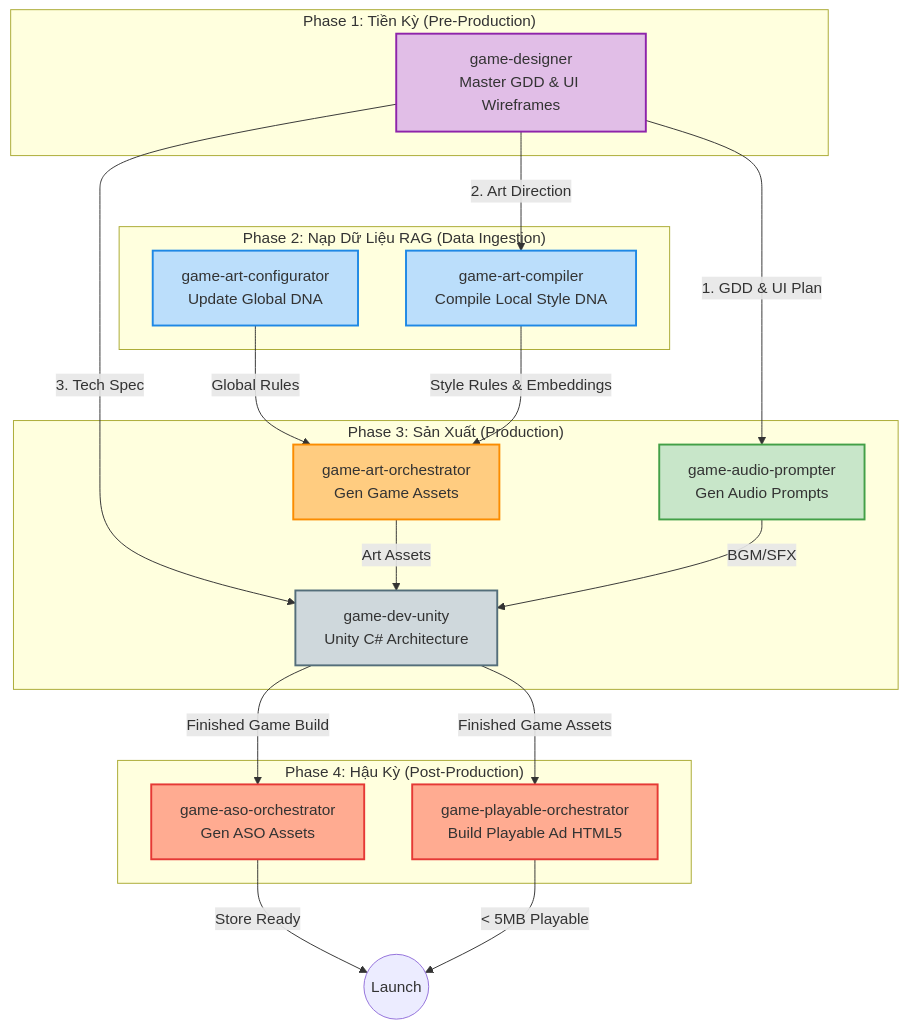
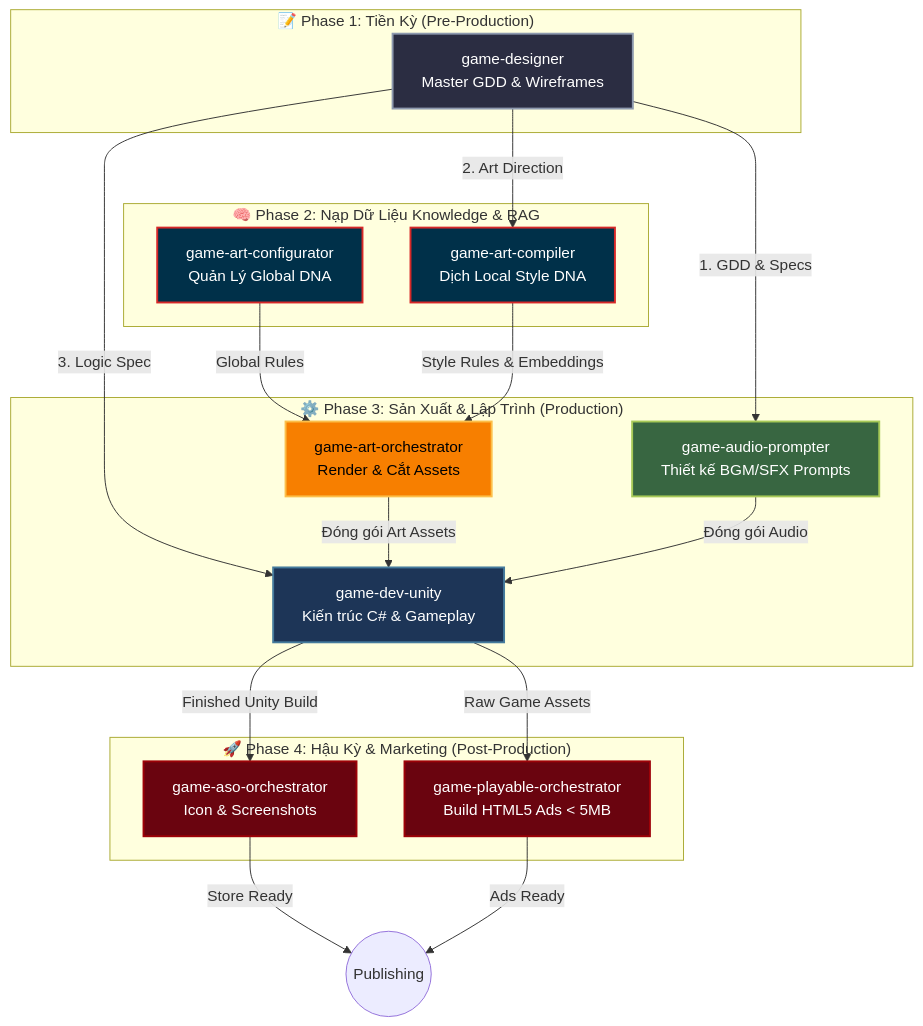
Before and after one commit to namtvn07-glitch/nts_antigravity: the diagram in README.md, drawn with Mermaid. The commit also changed other lines of this file and 8 other files, not shown here.

Commit message:
chore: replace legacy system architecture documentation with new guidelines in .agents/rules/SystemArchitecture.md

````diff
--- a/README.md
+++ b/README.md
@@ -11,48 +13,48 @@
 ```mermaid
 graph TD
     %% Define Styles
-    classDef preProd fill:#e1bee7,stroke:#8e24aa,stroke-width:2px;
-    classDef dataIngest fill:#bbdefb,stroke:#1e88e5,stroke-width:2px;
-    classDef prodArt fill:#ffcc80,stroke:#fb8c00,stroke-width:2px;
-    classDef prodAudio fill:#c8e6c9,stroke:#43a047,stroke-width:2px;
-    classDef prodDev fill:#cfd8dc,stroke:#546e7a,stroke-width:2px;
-    classDef postProd fill:#ffab91,stroke:#e53935,stroke-width:2px;
+    classDef preProd fill:#2b2d42,stroke:#8d99ae,stroke-width:2px,color:#fff;
+    classDef dataIngest fill:#003049,stroke:#d62828,stroke-width:2px,color:#fff;
+    classDef prodArt fill:#f77f00,stroke:#fcbf49,stroke-width:2px,color:#000;
+    classDef prodAudio fill:#386641,stroke:#a7c957,stroke-width:2px,color:#fff;
+    classDef prodDev fill:#1d3557,stroke:#457b9d,stroke-width:2px,color:#fff;
+    classDef postProd fill:#6a040f,stroke:#9d0208,stroke-width:2px,color:#fff;
 
     %% Phases
-    subgraph phase1 ["Phase 1: Tiền Kỳ (Pre-Production)"]
-        GD[game-designer<br>Master GDD & UI Wireframes]:::preProd
+    subgraph phase1 ["📝 Phase 1: Tiền Kỳ (Pre-Production)"]
+        GD[game-designer<br/>Master GDD & Wireframes]:::preProd
     end
 
-    subgraph phase2 ["Phase 2: Nạp Dữ Liệu RAG (Data Ingestion)"]
-        GACf[game-art-configurator<br>Update Global DNA]:::dataIngest
-        GAC[game-art-compiler<br>Compile Local Style DNA]:::dataIngest
+    subgraph phase2 ["🧠 Phase 2: Nạp Dữ Liệu Knowledge & RAG"]
+        GACf[game-art-configurator<br/>Quản Lý Global DNA]:::dataIngest
+        GAC[game-art-compiler<br/>Dịch Local Style DNA]:::dataIngest
     end
 
-    subgraph phase3 ["Phase 3: Sản Xuất (Production)"]
-        GAO[game-art-orchestrator<br>Gen Game Assets]:::prodArt
-        GAP[game-audio-prompter<br>Gen Audio Prompts]:::prodAudio
-        GDU[game-dev-unity<br>Unity C# Architecture]:::prodDev
+    subgraph phase3 ["⚙️ Phase 3: Sản Xuất & Lập Trình (Production)"]
+        GAO[game-art-orchestrator<br/>Render & Cắt Assets]:::prodArt
+        GAP[game-audio-prompter<br/>Thiết kế BGM/SFX Prompts]:::prodAudio
+        GDU[game-dev-unity<br/>Kiến trúc C# & Gameplay]:::prodDev
     end
 
-    subgraph phase4 ["Phase 4: Hậu Kỳ (Post-Production)"]
-        ASO[game-aso-orchestrator<br>Gen ASO Assets]:::postProd
-        GPO[game-playable-orchestrator<br>Build Playable Ad HTML5]:::postProd
+    subgraph phase4 ["🚀 Phase 4: Hậu Kỳ & Marketing (Post-Production)"]
+        ASO[game-aso-orchestrator<br/>Icon & Screenshots]:::postProd
+        GPO[game-playable-orchestrator<br/>Build HTML5 Ads < 5MB]:::postProd
     end
 
     %% Flow
-    GD -- "1. GDD & UI Plan" --> GAP
+    GD -- "1. GDD & Specs" --> GAP
     GD -- "2. Art Direction" --> GAC
-    GD -- "3. Tech Spec" --> GDU
+    GD -- "3. Logic Spec" --> GDU
     
     GACf -- "Global Rules" --> GAO
     GAC -- "Style Rules & Embeddings" --> GAO
     
-    GAO -- "Art Assets" --> GDU
-    GAP -- "BGM/SFX" --> GDU
+    GAO -- "Đóng gói Art Assets" --> GDU
+    GAP -- "Đóng gói Audio" --> GDU
     
-    GDU -- "Finished Game Build" --> ASO
-    GDU -- "Finished Game Assets" --> GPO
+    GDU -- "Finished Unity Build" --> ASO
+    GDU -- "Raw Game Assets" --> GPO
     
-    ASO -- "Store Ready" --> Launch((Launch))
-    GPO -- "< 5MB Playable" --> Launch
+    ASO -- "Store Ready" --> Launch((Publishing))
+    GPO -- "Ads Ready" --> Launch
 ```
````
